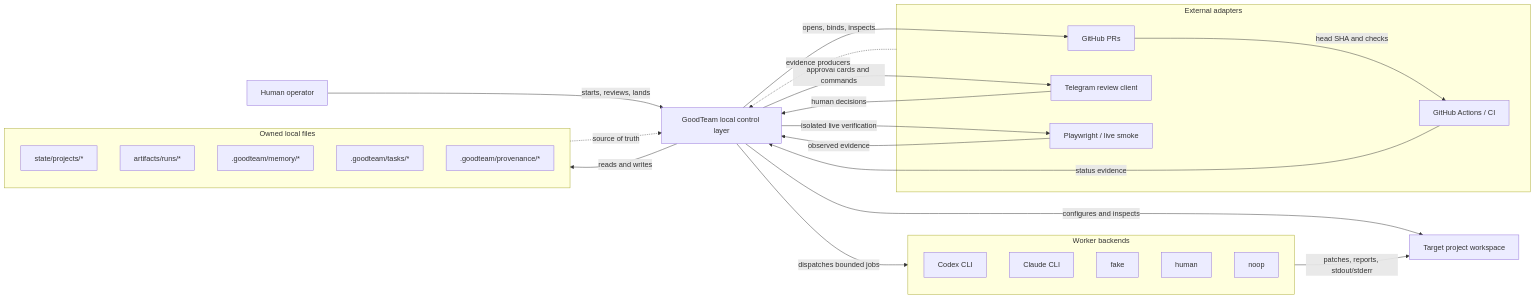
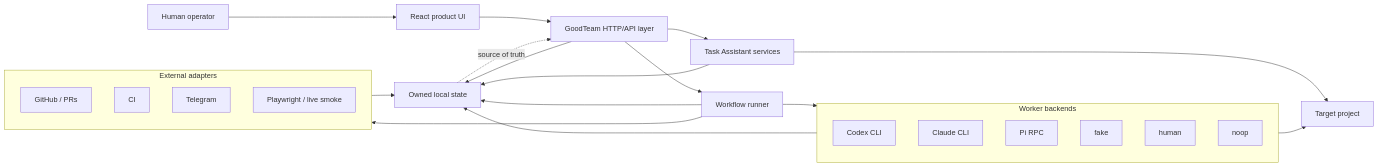
One commit to LukeJiaoR/GoodTeam changed the third of 7 diagrams in docs/architecture.md. Above: the diagram before and after it, drawn with Mermaid. The commit also changed other lines of this file, not shown here.

Commit message:
docs: align architecture with chat-first product model

````diff
--- a/docs/architecture.md
+++ b/docs/architecture.md
@@ -15,45 +77,42 @@
 ```mermaid
 flowchart LR
     Human[Human operator]
-    GoodTeam[GoodTeam local control layer]
-    Target[Target project workspace]
-
-    subgraph LocalFiles[Owned local files]
-        State[state/projects/*]
-        Artifacts[artifacts/runs/*]
-        Memory[.goodteam/memory/*]
-        Tasks[.goodteam/tasks/*]
-        Provenance[.goodteam/provenance/*]
-    end
+    Frontend[React product UI]
+    API[GoodTeam HTTP/API layer]
+    Assistant[Task Assistant services]
+    Workflow[Workflow runner]
+    State[Owned local state]
+    Target[Target project]
 
     subgraph WorkerBackends[Worker backends]
         Codex[Codex CLI]
         Claude[Claude CLI]
+        Pi[Pi RPC]
         Fake[fake]
-        HumanBackend[human]
+        HumanWorker[human]
         Noop[noop]
     end
 
-    subgraph Adapters[External adapters]
-        GitHub[GitHub PRs]
-        CI[GitHub Actions / CI]
-        Telegram[Telegram review client]
-        Playwright[Playwright / live smoke]
+    subgraph ExternalAdapters[External adapters]
+        GitHub[GitHub / PRs]
+        CI[CI]
+        Telegram[Telegram]
+        Browser[Playwright / live smoke]
     end
 
-    Human -->|starts, reviews, lands| GoodTeam
-    GoodTeam -->|reads and writes| LocalFiles
-    GoodTeam -->|configures and inspects| Target
-    GoodTeam -->|dispatches bounded jobs| WorkerBackends
-    WorkerBackends -->|patches, reports, stdout/stderr| Target
-    GoodTeam -->|opens, binds, inspects| GitHub
-    GitHub -->|head SHA and checks| CI
-    CI -->|status evidence| GoodTeam
-    GoodTeam -->|approval cards and commands| Telegram
-    Telegram -->|human decisions| GoodTeam
-    GoodTeam -->|isolated live verification| Playwright
-    Playwright -->|observed evidence| GoodTeam
+    Human --> Frontend
+    Frontend --> API
+    API --> Assistant
+    API --> Workflow
+    API --> State
+    Assistant --> State
+    Assistant --> Target
+    Workflow --> State
+    Workflow --> WorkerBackends
+    WorkerBackends --> Target
+    WorkerBackends --> State
+    Workflow --> ExternalAdapters
+    ExternalAdapters --> State
 
-    LocalFiles -. source of truth .-> GoodTeam
-    Adapters -. evidence producers .-> GoodTeam
+    State -. source of truth .-> API
 ```
````
